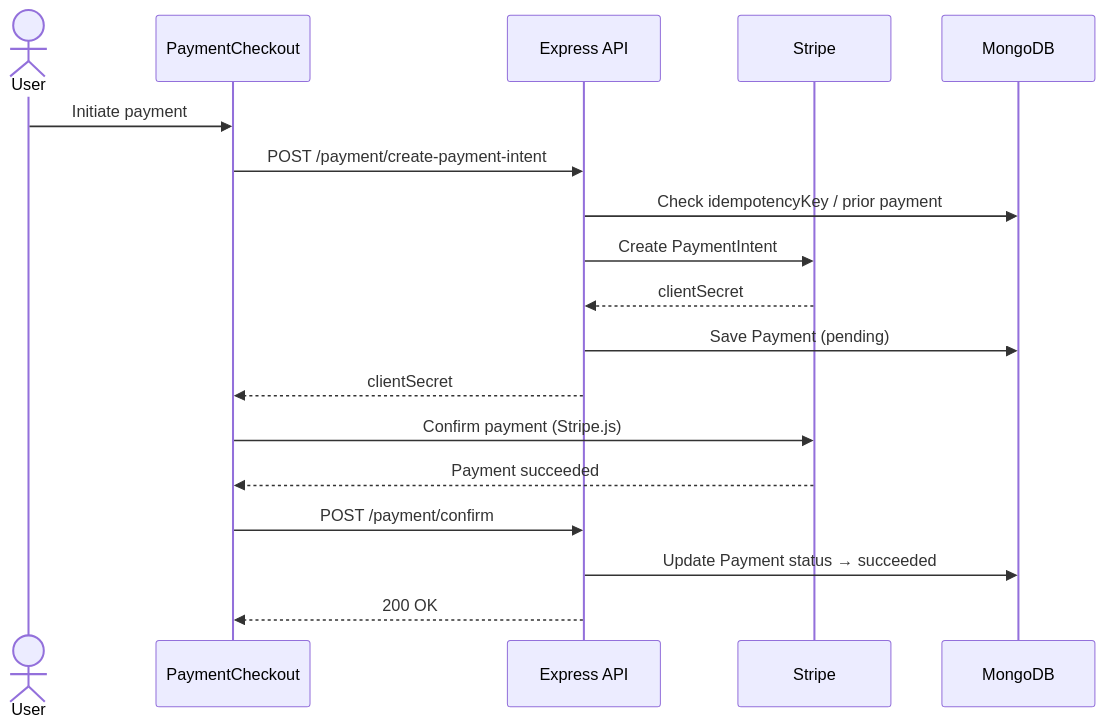
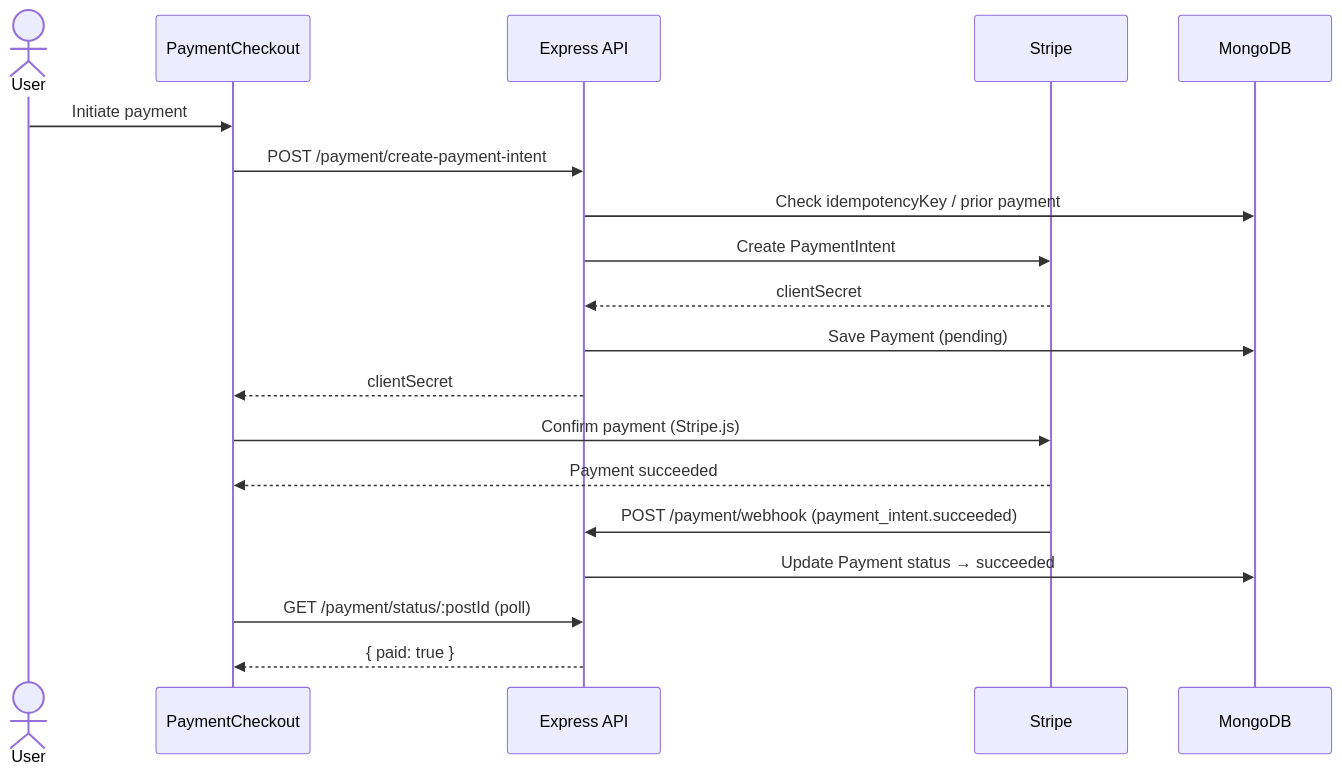
Before and after one commit to ashu6783/crestkeys: the eighth of 9 diagrams in README.md, drawn with Mermaid. The commit also changed other lines of this file and 6 other files, not shown here.

````diff
--- a/README.md
+++ b/README.md
@@ -373,21 +373,22 @@
 ```mermaid
 sequenceDiagram
   actor User
   participant Checkout as PaymentCheckout
   participant API as Express API
   participant Stripe
   participant DB as MongoDB
 
   User->>Checkout: Initiate payment
   Checkout->>API: POST /payment/create-payment-intent
   API->>DB: Check idempotencyKey / prior payment
   API->>Stripe: Create PaymentIntent
   Stripe-->>API: clientSecret
   API->>DB: Save Payment (pending)
   API-->>Checkout: clientSecret
   Checkout->>Stripe: Confirm payment (Stripe.js)
   Stripe-->>Checkout: Payment succeeded
-  Checkout->>API: POST /payment/confirm
+  Stripe->>API: POST /payment/webhook (payment_intent.succeeded)
   API->>DB: Update Payment status → succeeded
-  API-->>Checkout: 200 OK
+  Checkout->>API: GET /payment/status/:postId (poll)
+  API-->>Checkout: { paid: true }
 ```
````
